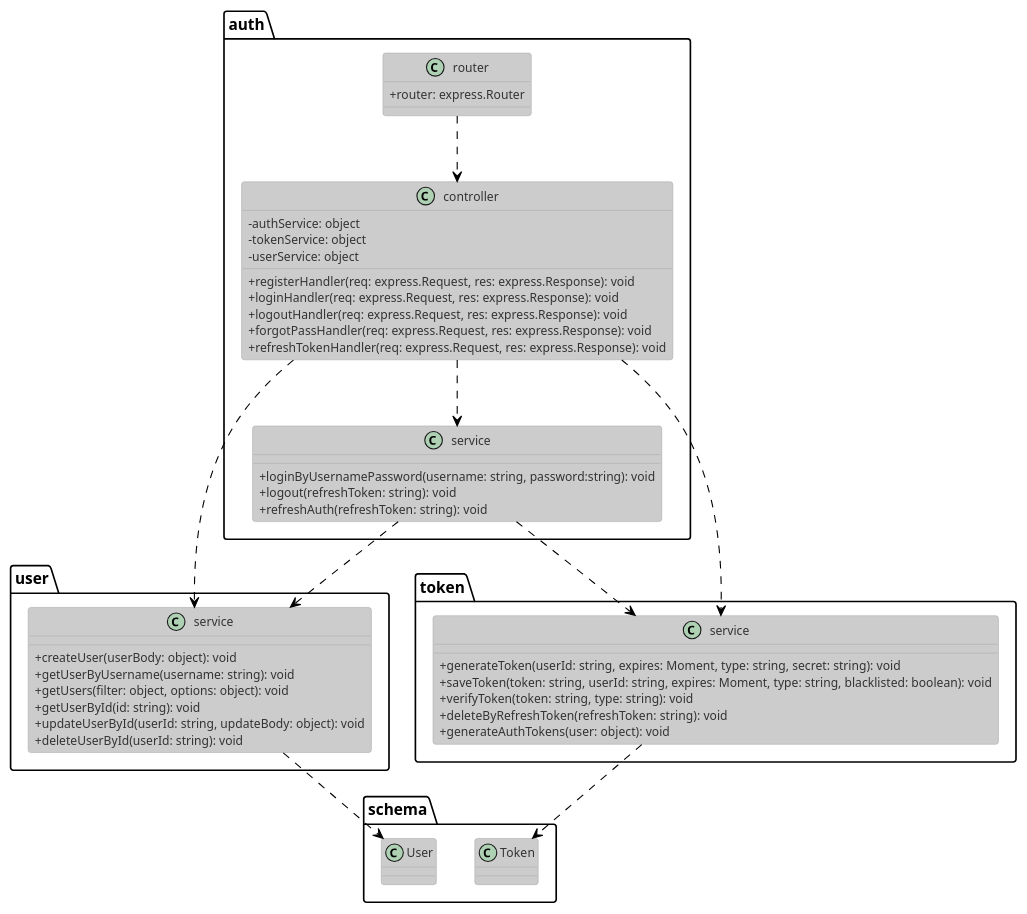
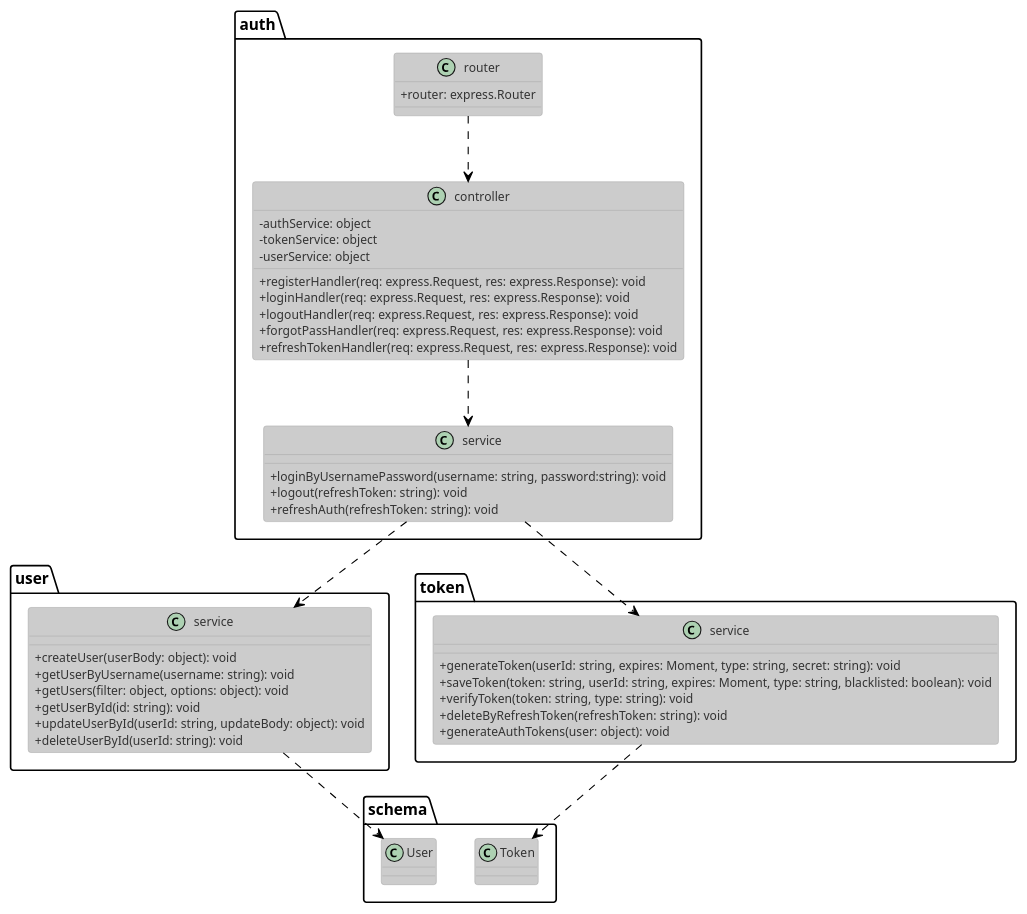
The diagram in plantuml/class/auth.puml (tuannm99/RMS), drawn with PlantUML before and after one commit. The commit also changed 1 other file, not shown here.

```diff
--- a/plantuml/class/auth.puml
+++ b/plantuml/class/auth.puml
@@ -1,71 +1,69 @@
 @startuml authClass
 !theme reddress-lightblue
 
 skinparam classAttributeIconSize 0
 class auth.controller{
   - {field} authService: object
   - {field} tokenService: object
   - {field} userService: object
 
   + {method} registerHandler(req: express.Request, res: express.Response): void
   + {method} loginHandler(req: express.Request, res: express.Response): void
   + {method} logoutHandler(req: express.Request, res: express.Response): void
   + {method} forgotPassHandler(req: express.Request, res: express.Response): void
   + {method} refreshTokenHandler(req: express.Request, res: express.Response): void
 }
 
 class auth.service{
   + {method} loginByUsernamePassword(username: string, password:string): void
   + {method} logout(refreshToken: string): void
   + {method} refreshAuth(refreshToken: string): void
 }
 
 class auth.router{
   + {field} router: express.Router
 }
 
 ' class user.controller{
 '   + getAllUsersHandler(req, res): void
 '   + getUserHandler(req, res): void
 '   + updateUserHandler(req, res): void
 '   + deleteUserHandler(req, res): void
 ' }
 
 ' class user.router{
 '   + router: express.Router()
 ' }
 
 class user.service{
   + {method} createUser(userBody: object): void
   + {method} getUserByUsername(username: string): void
   + {method} getUsers(filter: object, options: object): void
   + {method} getUserById(id: string): void
   + {method} updateUserById(userId: string, updateBody: object): void
   + {method} deleteUserById(userId: string): void
 }
 
 class token.service{
   + {method} generateToken(userId: string, expires: Moment, type: string, secret: string): void
   + {method} saveToken(token: string, userId: string, expires: Moment, type: string, blacklisted: boolean): void
   + {method} verifyToken(token: string, type: string): void
   + {method} deleteByRefreshToken(refreshToken: string): void
   + {method} generateAuthTokens(user: object): void
 }
 
 class schema.Token {
 
 }
 
 class schema.User {
 
 }
 
 auth.controller ..> auth.service
 auth.router ..>	 auth.controller
 auth.service ..> user.service
 auth.service ..> token.service
-auth.controller ..> user.service
-auth.controller ..> token.service
 user.service ..> schema.User
 token.service ..> schema.Token
 @enduml
```
